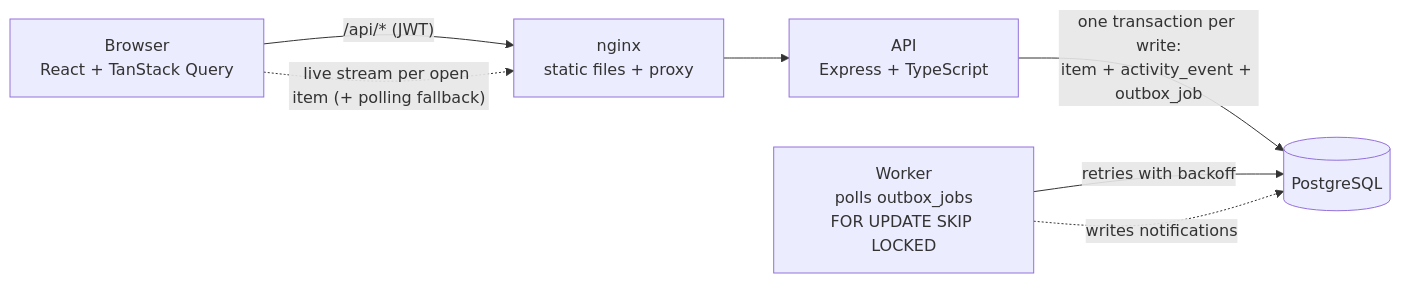
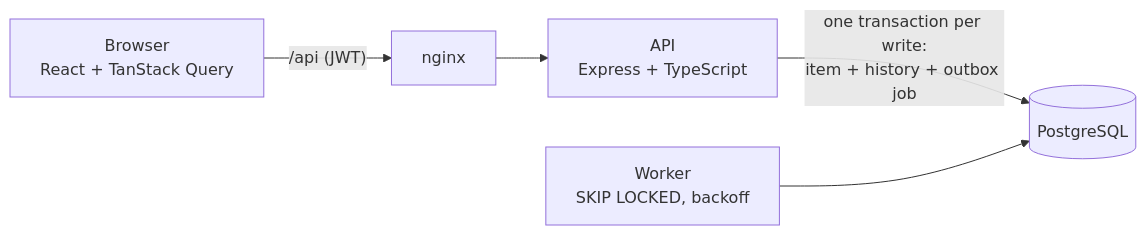
The diagram in README.md (Aryanonghub/newtonite-ops-23131010564), drawn with Mermaid before and after one commit. The commit also changed other lines of this file, not shown here.

Commit message:
docs: shorter README: one table of the hard parts (how it's handled, how to try it, which test), run, tests, architecture

````diff
--- a/README.md
+++ b/README.md
@@ -169,9 +63,6 @@
 ```mermaid
 flowchart LR
-  B["Browser<br/>React + TanStack Query"] -- "/api/* (JWT)" --> N["nginx<br/>static files + proxy"]
-  N --> A["API<br/>Express + TypeScript"]
-  A -- "one transaction per write:<br/>item + activity_event + outbox_job" --> P[("PostgreSQL")]
-  W["Worker<br/>polls outbox_jobs<br/>FOR UPDATE SKIP LOCKED"] -- "retries with backoff" --> P
-  W -. "writes notifications" .-> P
-  B -. "live stream per open item (+ polling fallback)" .-> N
+  B["Browser<br/>React + TanStack Query"] -- "/api (JWT)" --> N["nginx"] --> A["API<br/>Express + TypeScript"]
+  A -- "one transaction per write:<br/>item + history + outbox job" --> P[("PostgreSQL")]
+  W["Worker<br/>SKIP LOCKED, backoff"] --> P
 ```
````
